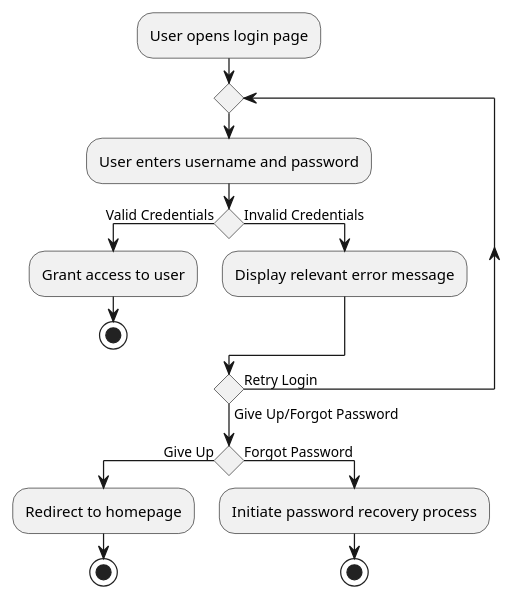
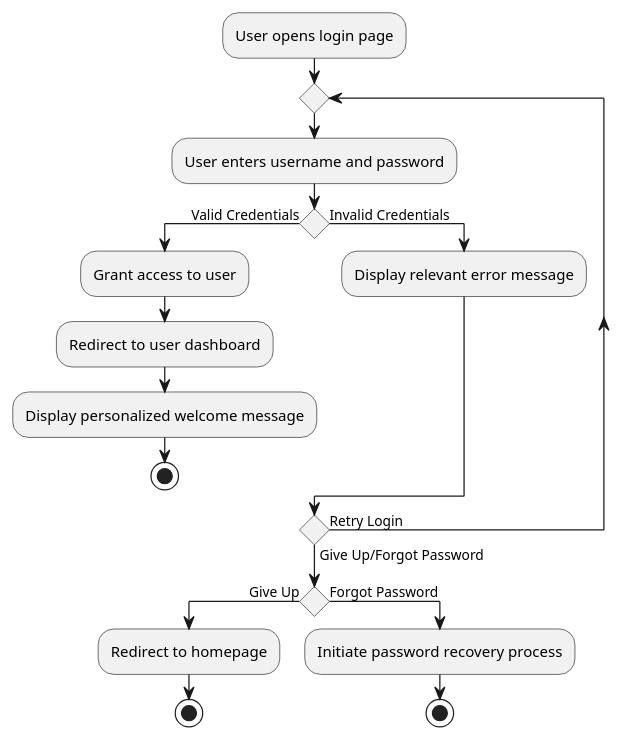
One commit to HighlyHylian/online-ecommerce-platform changed the diagram in diagrams/US-03 Activity.puml. Above: the diagram before and after it, drawn with PlantUML.

Commit message:
Address personalized greeting requirement

```diff
--- a/diagrams/US-03 Activity.puml
+++ b/diagrams/US-03 Activity.puml
@@ -1,19 +1,21 @@
 @startuml US-03a - Login
 :User opens login page;
 repeat
     :User enters username and password;
     if () then (Valid Credentials)
         :Grant access to user;
+        :Redirect to user dashboard;
+        :Display personalized welcome message;
         stop
     else (Invalid Credentials)
         :Display relevant error message;
     endif
 repeat while () is (Retry Login) not (Give Up/Forgot Password)
 if () then (Give Up)
     :Redirect to homepage;
     stop
 else (Forgot Password)
     :Initiate password recovery process;
     stop
 endif
 @enduml
```
